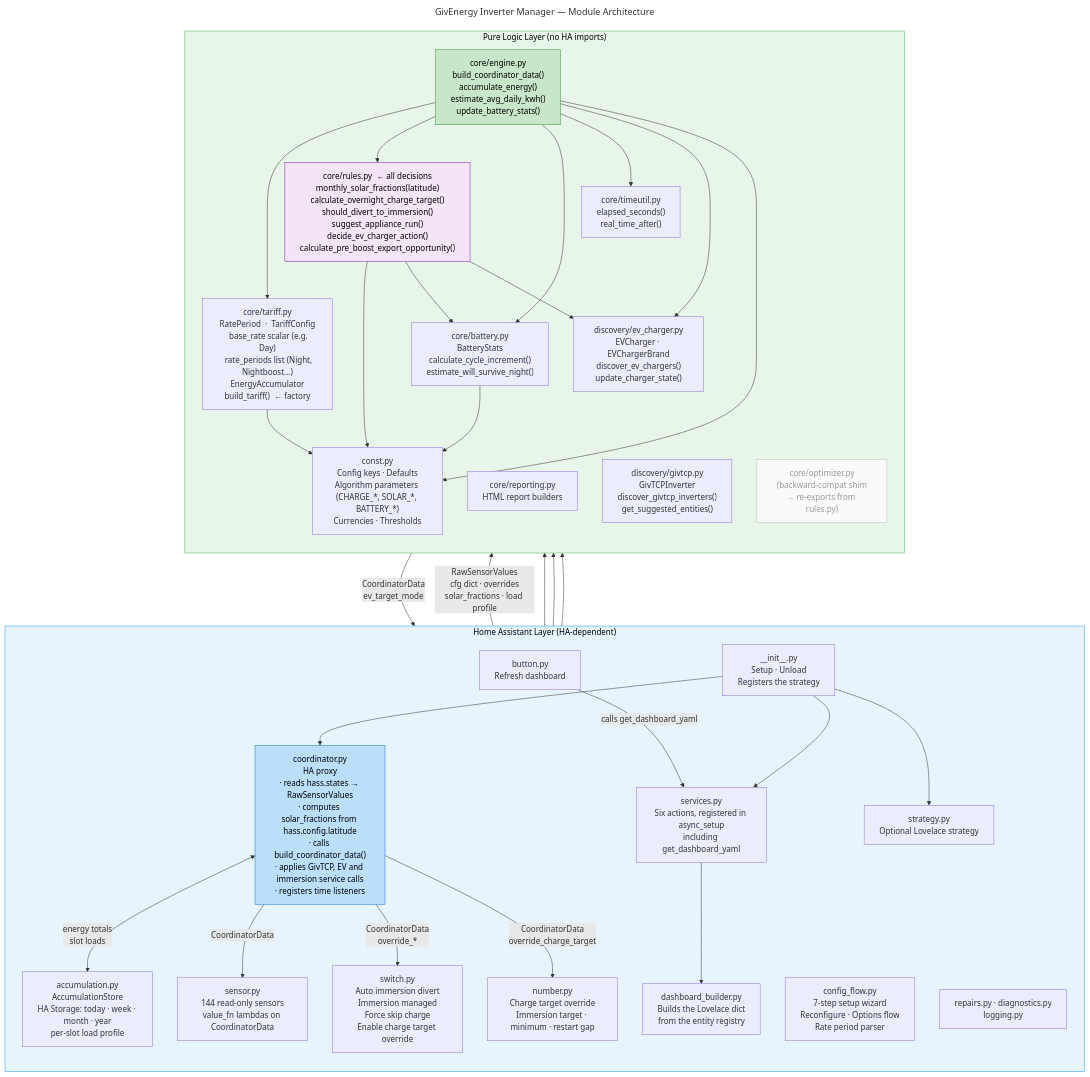
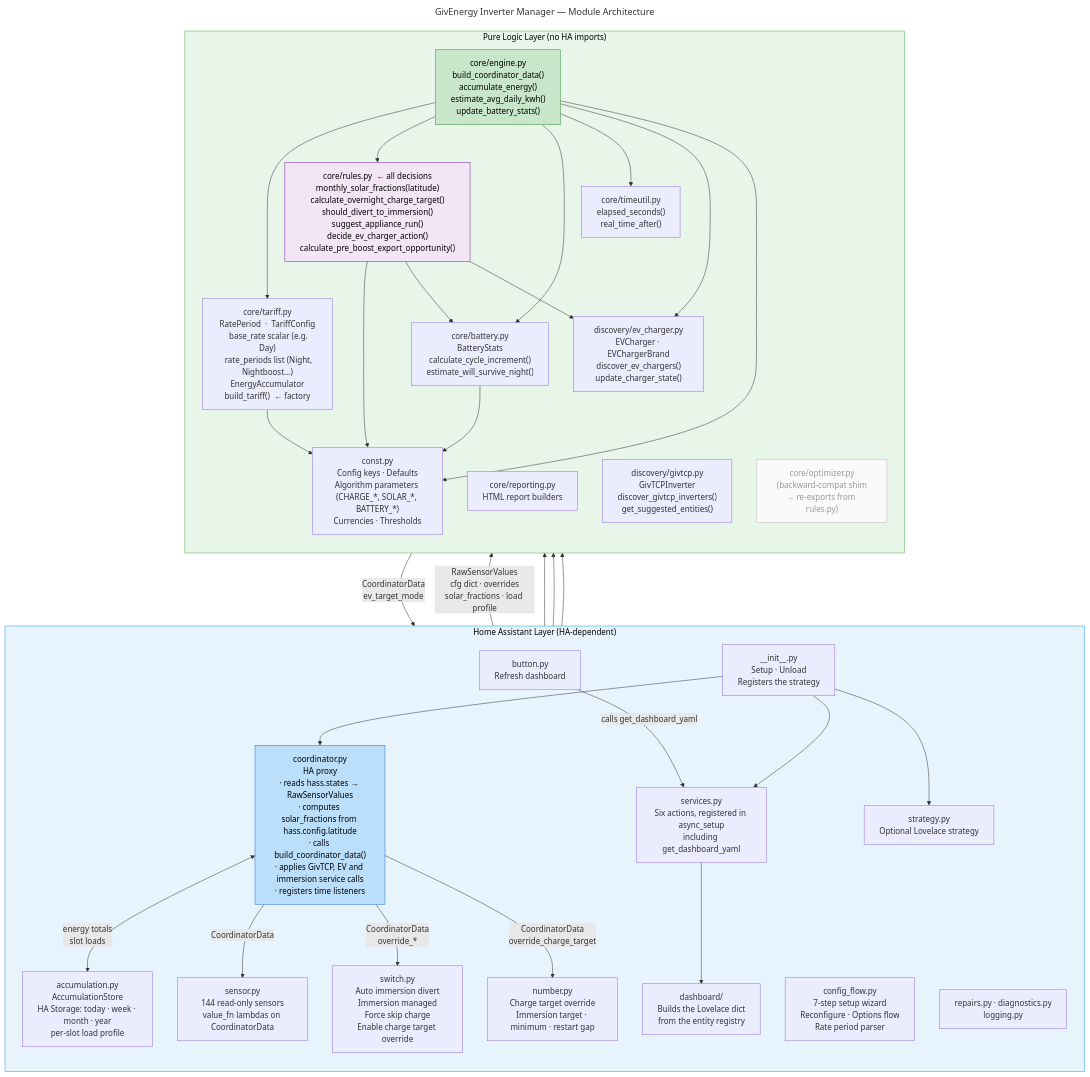
One commit to macuistin/givenergy_inverter_manager changed the diagram in docs/architecture.mermaid. Above: the diagram before and after it, drawn with Mermaid. The commit also changed 19 other files, not shown here.

Commit message:
refactor(dashboard): split the builder into a package

```diff
--- a/docs/architecture.mermaid
+++ b/docs/architecture.mermaid
@@ -1,75 +1,75 @@
 ---
 title: GivEnergy Inverter Manager — Module Architecture
 ---
 graph TD
     subgraph HA["Home Assistant Layer  (HA-dependent)"]
         direction TB
         INIT["__init__.py\nSetup · Unload\nRegisters the strategy"]
         COORD["coordinator.py\nHA proxy\n· reads hass.states → RawSensorValues\n· computes solar_fractions from hass.config.latitude\n· calls build_coordinator_data()\n· applies GivTCP, EV and immersion service calls\n· registers time listeners"]
         ACC["accumulation.py\nAccumulationStore\nHA Storage: today · week · month · year\nper-slot load profile"]
         SENSOR["sensor.py\n144 read-only sensors\nvalue_fn lambdas on CoordinatorData"]
         SWITCH["switch.py\nAuto immersion divert\nImmersion managed\nForce skip charge\nEnable charge target override"]
         NUMBER["number.py\nCharge target override\nImmersion target · minimum · restart gap"]
         BUTTON["button.py\nRefresh dashboard"]
         DASH["services.py\nSix actions, registered in async_setup\nincluding get_dashboard_yaml"]
-        BUILD["dashboard_builder.py\nBuilds the Lovelace dict\nfrom the entity registry"]
+        BUILD["dashboard/\nBuilds the Lovelace dict\nfrom the entity registry"]
         STRAT["strategy.py\nOptional Lovelace strategy"]
         CF["config_flow.py\n7-step setup wizard\nReconfigure · Options flow\nRate period parser"]
         MISC["repairs.py · diagnostics.py\nlogging.py"]
     end
 
     subgraph ENGINE["Pure Logic Layer  (no HA imports)"]
         direction TB
         ENG["core/engine.py\nbuild_coordinator_data()\naccumulate_energy()\nestimate_avg_daily_kwh()\nupdate_battery_stats()"]
         RULES["core/rules.py  ← all decisions\nmonthly_solar_fractions(latitude)\ncalculate_overnight_charge_target()\nshould_divert_to_immersion()\nsuggest_appliance_run()\ndecide_ev_charger_action()\ncalculate_pre_boost_export_opportunity()"]
         TARIFF["core/tariff.py\nRatePeriod  ·  TariffConfig\n  base_rate scalar (e.g. Day)\n  rate_periods list (Night, Nightboost…)\nEnergyAccumulator\nbuild_tariff()  ← factory"]
         BAT["core/battery.py\nBatteryStats\ncalculate_cycle_increment()\nestimate_will_survive_night()"]
         REP["core/reporting.py\nHTML report builders"]
         TIME["core/timeutil.py\nelapsed_seconds()\nreal_time_after()"]
         DISC_EV["discovery/ev_charger.py\nEVCharger · EVChargerBrand\ndiscover_ev_chargers()\nupdate_charger_state()"]
         DISC_GTC["discovery/givtcp.py\nGivTCPInverter\ndiscover_givtcp_inverters()\nget_suggested_entities()"]
         CONST["const.py\nConfig keys · Defaults\nAlgorithm parameters (CHARGE_*, SOLAR_*, BATTERY_*)\nCurrencies · Thresholds"]
         OPT["core/optimizer.py\n(backward-compat shim\n→ re-exports from rules.py)"]
     end
 
     %% Coordinator ↔ Engine
     COORD -->|"RawSensorValues\ncfg dict · overrides\nsolar_fractions · load profile"| ENG
     ENG -->|"CoordinatorData\nev_target_mode"| COORD
     COORD <-->|"energy totals\nslot loads"| ACC
 
     %% Engine internal deps
     ENG --> TARIFF
     ENG --> RULES
     ENG --> BAT
     ENG --> TIME
     ENG --> DISC_EV
     ENG --> CONST
     RULES --> CONST
     RULES --> BAT
     RULES --> DISC_EV
     TARIFF --> CONST
     BAT --> CONST
 
     %% HA entities read coordinator data
     COORD -->|"CoordinatorData"| SENSOR
     COORD -->|"CoordinatorData\noverride_*"| SWITCH
     COORD -->|"CoordinatorData\noverride_charge_target"| NUMBER
     BUTTON -->|"calls get_dashboard_yaml"| DASH
     SENSOR --> REP
     DASH --> BUILD
 
     %% Config flow uses discovery at setup time only
     CF --> DISC_GTC
     CF --> DISC_EV
 
     %% Init wires it all together
     INIT --> COORD
     INIT --> DASH
     INIT --> STRAT
 
     style HA fill:#e8f4fd,stroke:#2196F3,color:#000
     style ENGINE fill:#e8f5e9,stroke:#4CAF50,color:#000
     style ENG fill:#c8e6c9,stroke:#388E3C,color:#000
     style COORD fill:#bbdefb,stroke:#1976D2,color:#000
     style RULES fill:#f3e5f5,stroke:#7B1FA2,color:#000
     style OPT fill:#fafafa,stroke:#bbb,color:#999
```
